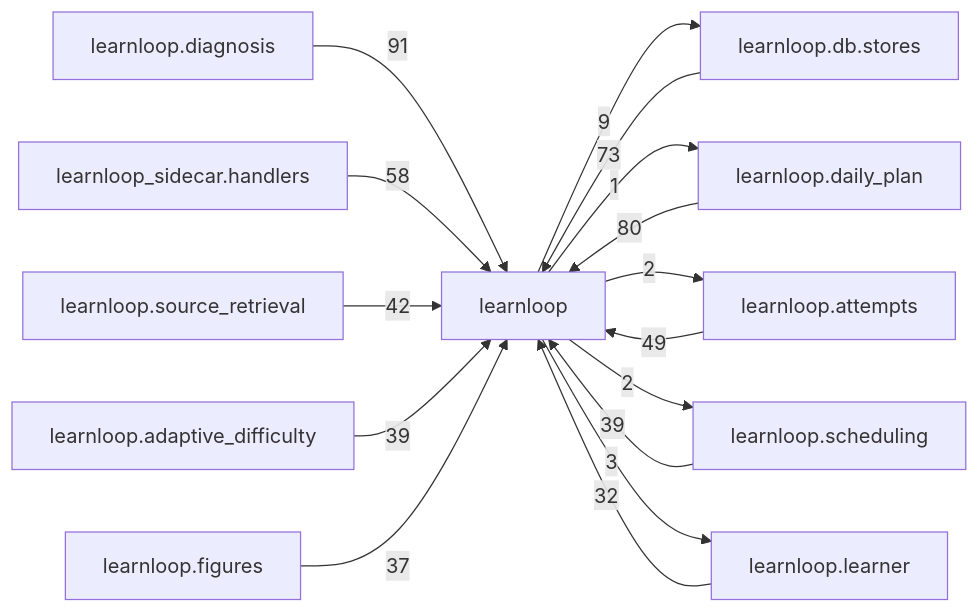
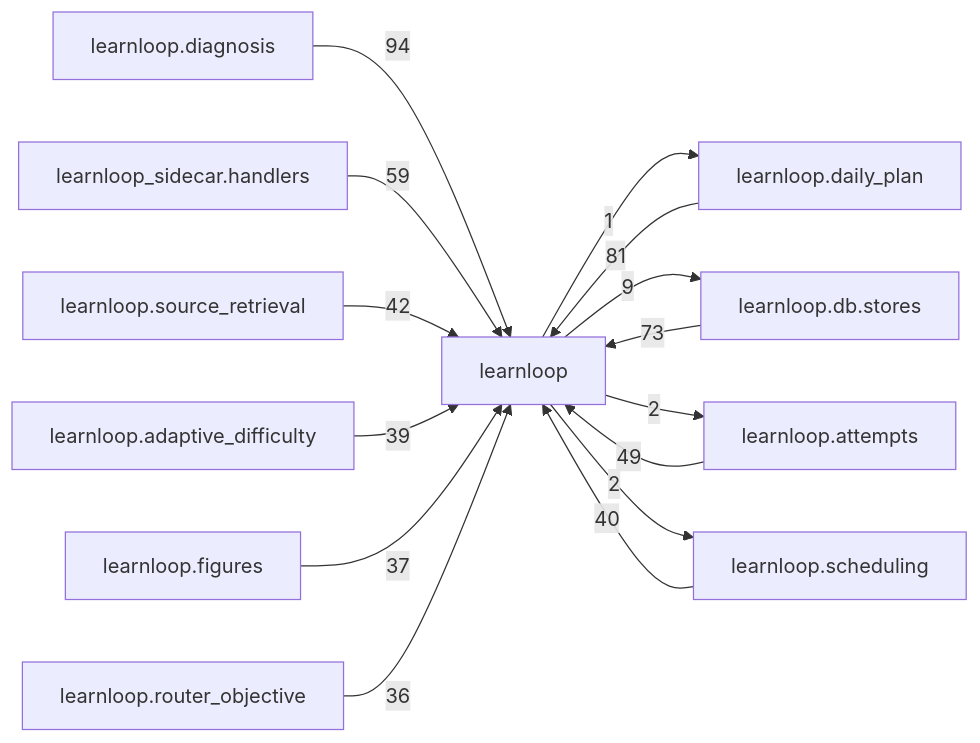
One commit to 6up-b/learnanything changed the diagram in docs/learnloop-architecture-vault/Reference/Modules/learnloop/_package.md. Above: the diagram before and after it, drawn with Mermaid. The commit also changed other lines of this file and 158 other files, not shown here.

````diff
--- a/docs/learnloop-architecture-vault/Reference/Modules/learnloop/_package.md
+++ b/docs/learnloop-architecture-vault/Reference/Modules/learnloop/_package.md
@@ -275,29 +275,28 @@
 ```mermaid
 flowchart LR
     center["learnloop"]
     n_learnloop_diagnosis["learnloop.diagnosis"]
+    n_learnloop_daily_plan["learnloop.daily_plan"]
     n_learnloop_db_stores["learnloop.db.stores"]
-    n_learnloop_daily_plan["learnloop.daily_plan"]
     n_learnloop_sidecar_handlers["learnloop_sidecar.handlers"]
     n_learnloop_attempts["learnloop.attempts"]
+    n_learnloop_scheduling["learnloop.scheduling"]
     n_learnloop_source_retrieval["learnloop.source_retrieval"]
-    n_learnloop_scheduling["learnloop.scheduling"]
     n_learnloop_adaptive_difficulty["learnloop.adaptive_difficulty"]
     n_learnloop_figures["learnloop.figures"]
-    n_learnloop_learner["learnloop.learner"]
-    n_learnloop_diagnosis -->|91| center
+    n_learnloop_router_objective["learnloop.router_objective"]
+    n_learnloop_diagnosis -->|94| center
+    n_learnloop_daily_plan -->|81| center
+    center -->|1| n_learnloop_daily_plan
     n_learnloop_db_stores -->|73| center
     center -->|9| n_learnloop_db_stores
-    n_learnloop_daily_plan -->|80| center
-    center -->|1| n_learnloop_daily_plan
-    n_learnloop_sidecar_handlers -->|58| center
+    n_learnloop_sidecar_handlers -->|59| center
     n_learnloop_attempts -->|49| center
     center -->|2| n_learnloop_attempts
+    n_learnloop_scheduling -->|40| center
+    center -->|2| n_learnloop_scheduling
     n_learnloop_source_retrieval -->|42| center
-    n_learnloop_scheduling -->|39| center
-    center -->|2| n_learnloop_scheduling
     n_learnloop_adaptive_difficulty -->|39| center
     n_learnloop_figures -->|37| center
-    n_learnloop_learner -->|32| center
-    center -->|3| n_learnloop_learner
+    n_learnloop_router_objective -->|36| center
 ```
````
